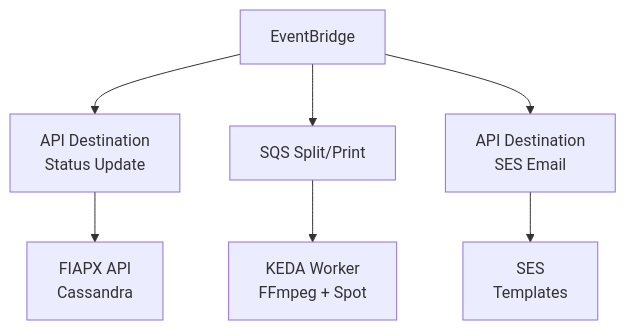
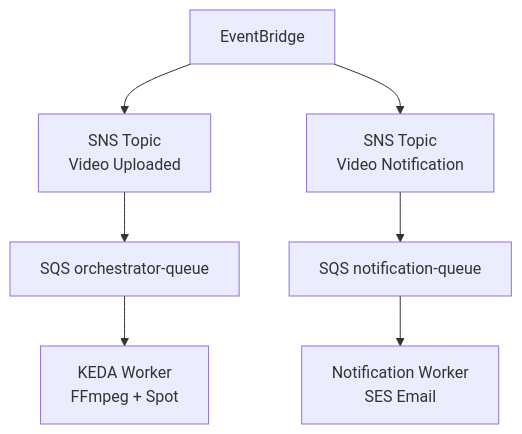
The diagram in docs/adrs/08.md (FreitasArao/fiap-image), drawn with Mermaid before and after one commit. The commit also changed other lines of this file and 42 other files, not shown here.

Commit message:
feat: Refactor video processing architecture to implement SNS for event fan-out, enhancing resilience and extensibility with SQS integration for multipart upload completion and video status updates

````diff
--- a/docs/adrs/08.md
+++ b/docs/adrs/08.md
@@ -38,12 +38,13 @@
 ```mermaid
 flowchart TB
     EB[EventBridge]
 
-    EB --> APIDest1[API Destination<br/>Status Update]
-    EB --> SQS[SQS Split/Print]
-    EB --> APIDest2[API Destination<br/>SES Email]
+    EB --> SNS1[SNS Topic<br/>Video Uploaded]
+    EB --> SNS2[SNS Topic<br/>Video Notification]
 
-    APIDest1 --> API[FIAPX API<br/>Cassandra]
-    SQS --> KEDA[KEDA Worker<br/>FFmpeg + Spot]
-    APIDest2 --> SES[SES<br/>Templates]
+    SNS1 --> SQS1[SQS orchestrator-queue]
+    SNS2 --> SQS2[SQS notification-queue]
+
+    SQS1 --> KEDA[KEDA Worker<br/>FFmpeg + Spot]
+    SQS2 --> NW[Notification Worker<br/>SES Email]
 ```
````
